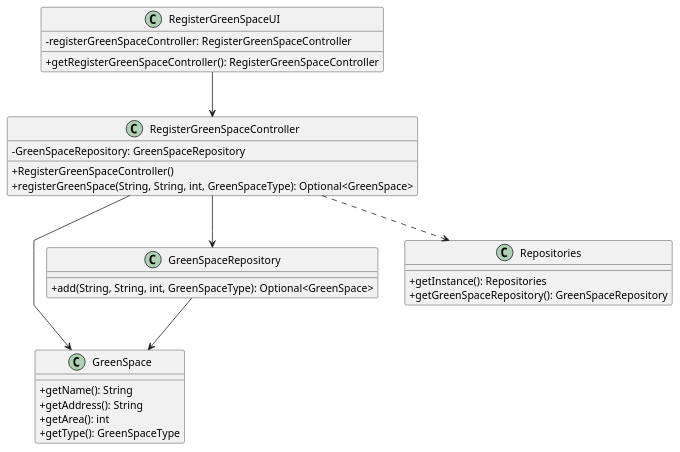
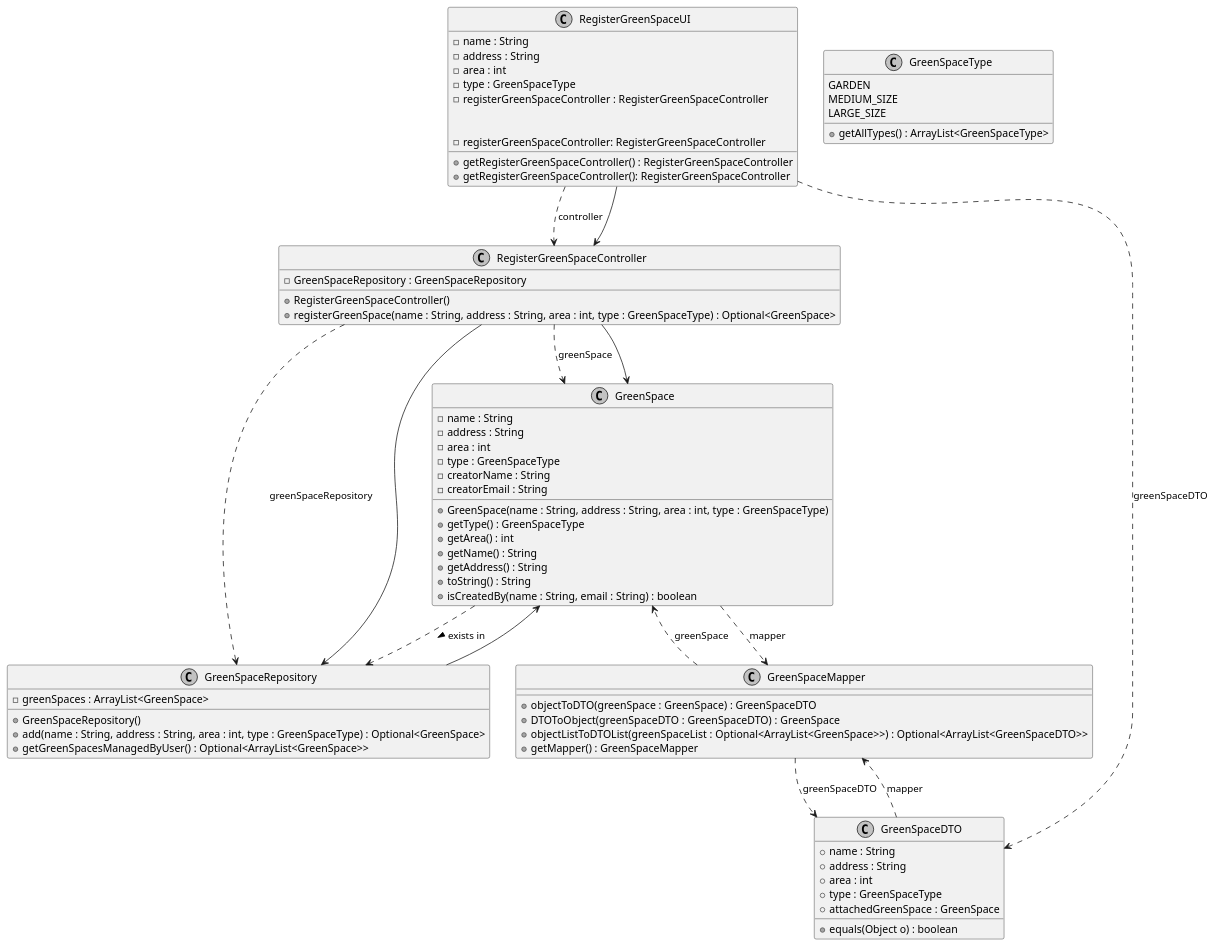
One commit to Departamento-de-Engenharia-Informatica/lei-24-s2-1dkl-g134 changed the diagram in docs/sprintC/us020/03.design/puml/us020-class-diagram.puml. Above: the diagram before and after it, drawn with PlantUML.

Commit message:
Class Diagram US020 Update

```diff
--- a/docs/sprintC/us020/03.design/puml/us020-class-diagram.puml
+++ b/docs/sprintC/us020/03.design/puml/us020-class-diagram.puml
@@ -1,45 +1,96 @@
 @startuml
+skinparam monochrome true
 skinparam packageStyle rectangle
 skinparam shadowing false
 skinparam linetype polyline
-skinparam classAttributeIconSize 0
+skinparam linetype orto
 
-class GreenSpace {
-    + getName(): String
-    + getAddress(): String
-    + getArea(): int
-    + getType(): GreenSpaceType
+
+
+class "GreenSpace" {
+    -name : String
+    -address : String
+    -area : int
+    -type : GreenSpaceType
+    -creatorName : String
+    -creatorEmail : String
+    +GreenSpace(name : String, address : String, area : int, type : GreenSpaceType)
+    +getType() : GreenSpaceType
+    +getArea() : int
+    +getName() : String
+    +getAddress() : String
+    +toString() : String
+    +isCreatedBy(name : String, email : String) : boolean
+}
+
+class "GreenSpaceType" {
+    GARDEN
+    MEDIUM_SIZE
+    LARGE_SIZE
+    +getAllTypes() : ArrayList<GreenSpaceType>
+}
+
+class "RegisterGreenSpaceController" {
+    -GreenSpaceRepository : GreenSpaceRepository
+    +RegisterGreenSpaceController()
+    +registerGreenSpace(name : String, address : String, area : int, type : GreenSpaceType) : Optional<GreenSpace>
+}
+
+class "GreenSpaceRepository" {
+    -greenSpaces : ArrayList<GreenSpace>
+    +GreenSpaceRepository()
+    +add(name : String, address : String, area : int, type : GreenSpaceType) : Optional<GreenSpace>
+    +getGreenSpacesManagedByUser() : Optional<ArrayList<GreenSpace>>
+}
+
+class "GreenSpaceDTO" {
+    +name : String
+    +address : String
+    +area : int
+    +type : GreenSpaceType
+    +attachedGreenSpace : GreenSpace
+    +equals(Object o) : boolean
+}
+
+class "GreenSpaceMapper" {
+    +objectToDTO(greenSpace : GreenSpace) : GreenSpaceDTO
+    +DTOToObject(greenSpaceDTO : GreenSpaceDTO) : GreenSpace
+    +objectListToDTOList(greenSpaceList : Optional<ArrayList<GreenSpace>>) : Optional<ArrayList<GreenSpaceDTO>>
+    +getMapper() : GreenSpaceMapper
+}
+
+class "RegisterGreenSpaceUI" {
+    -name : String
+    -address : String
+    -area : int
+    -type : GreenSpaceType
+    -registerGreenSpaceController : RegisterGreenSpaceController
+    +getRegisterGreenSpaceController() : RegisterGreenSpaceController
 
 }
 
+RegisterGreenSpaceController ..> GreenSpaceRepository : greenSpaceRepository
+RegisterGreenSpaceController ..> GreenSpace : greenSpace
+GreenSpace ..> GreenSpaceRepository : exists in >
+RegisterGreenSpaceUI ..> RegisterGreenSpaceController : controller
+RegisterGreenSpaceUI ..> GreenSpaceDTO : greenSpaceDTO
+GreenSpaceMapper ..> GreenSpaceDTO : greenSpaceDTO
+GreenSpaceDTO ..> GreenSpaceMapper : mapper
+GreenSpaceMapper ..> GreenSpace : greenSpace
+GreenSpace ..> GreenSpaceMapper : mapper
 
 
-class RegisterGreenSpaceController {
-    - GreenSpaceRepository: GreenSpaceRepository
-    + RegisterGreenSpaceController()
-    + registerGreenSpace(String, String, int, GreenSpaceType): Optional<GreenSpace>
-}
-
-class GreenSpaceRepository {
-    + add(String, String, int, GreenSpaceType): Optional<GreenSpace>
-}
-
-class Repositories {
-    + getInstance(): Repositories
-    + getGreenSpaceRepository(): GreenSpaceRepository
-}
 
 class RegisterGreenSpaceUI {
 
     - registerGreenSpaceController: RegisterGreenSpaceController
 
     + getRegisterGreenSpaceController(): RegisterGreenSpaceController
 
 }
 
 RegisterGreenSpaceController --> GreenSpaceRepository
 RegisterGreenSpaceController --> GreenSpace
 GreenSpaceRepository --> GreenSpace
-RegisterGreenSpaceController ..> Repositories
 RegisterGreenSpaceUI --> RegisterGreenSpaceController
 @enduml
```
